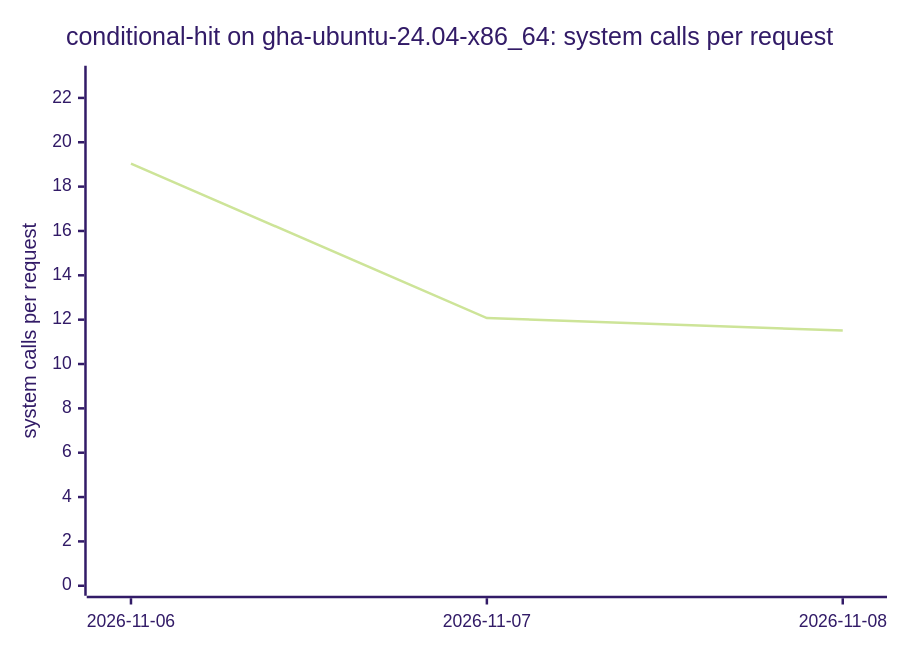
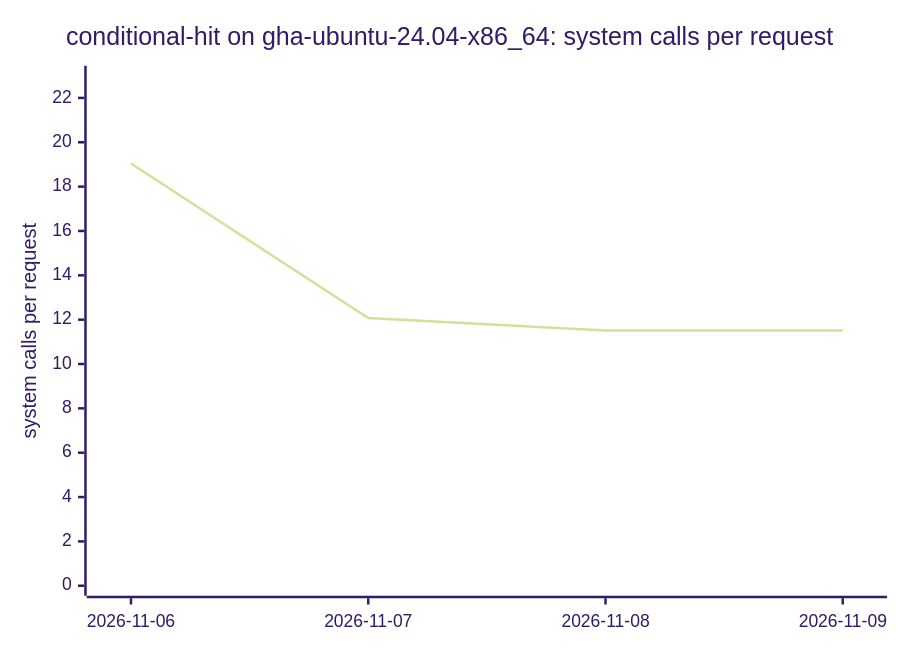
One commit to ThePixelPilgrim/durchlauferhitzer changed diagram 17 of 18 in BENCHMARKS.md. Above: the diagram before and after it, drawn with Mermaid (forest theme). The commit also changed other lines of this file and 1 other file, not shown here.

````diff
--- a/BENCHMARKS.md
+++ b/BENCHMARKS.md
@@ -167,7 +188,7 @@
 ```mermaid
 xychart-beta
   title "conditional-hit on gha-ubuntu-24.04-x86_64: system calls per request"
-  x-axis ["2026-11-06", "2026-11-07", "2026-11-08"]
+  x-axis ["2026-11-06", "2026-11-07", "2026-11-08", "2026-11-09"]
   y-axis "system calls per request" 0 --> 23
-  line [19.04, 12.07, 11.51]
+  line [19.04, 12.07, 11.51, 11.51]
 ```
````
